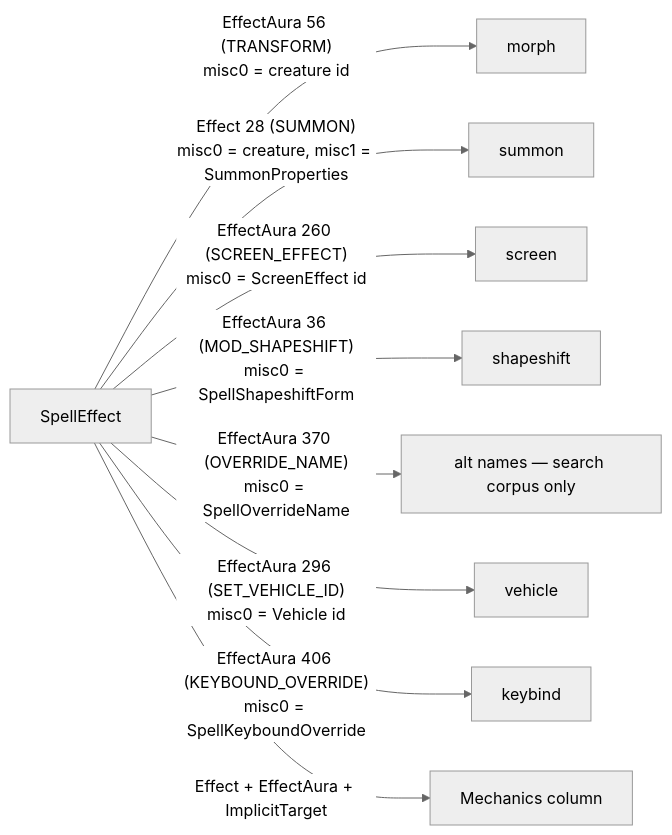
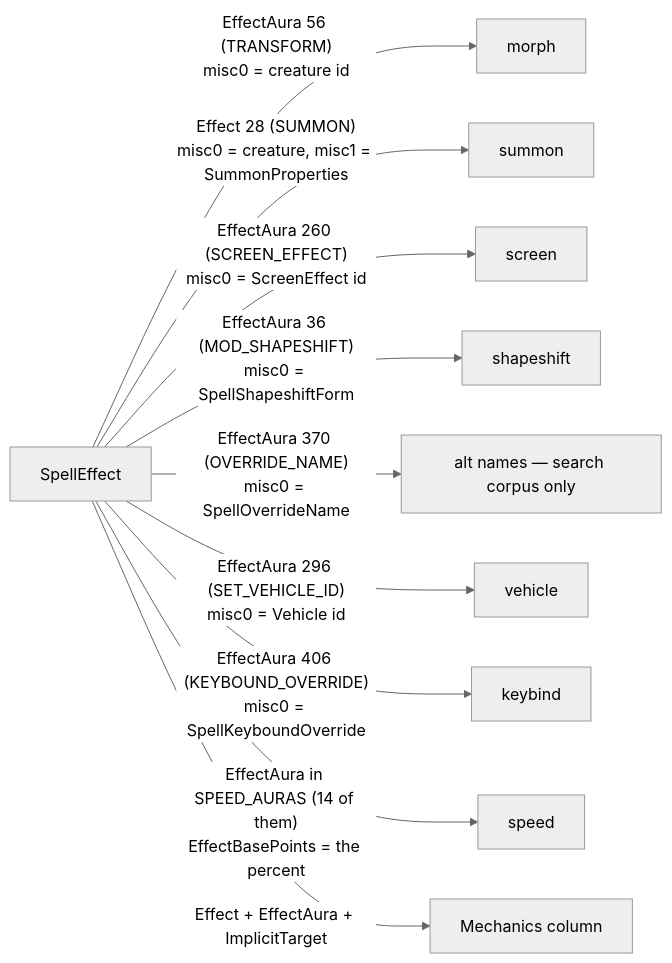
The eighth of 16 diagrams in DATA_ROUTES.md (Natans8/Epsilook), drawn with Mermaid (neutral theme) before and after one commit. The commit also changed other lines of this file and 21 other files, not shown here.

First line of the commit message:
Surface movement speed as a searchable effect

````diff
--- a/DATA_ROUTES.md
+++ b/DATA_ROUTES.md
@@ -432,12 +433,13 @@
 ```mermaid
 flowchart LR
   SE["SpellEffect"]
   SE -->|" EffectAura 56 (TRANSFORM)<br/>misc0 = creature id "| MO["morph"]
   SE -->|" Effect 28 (SUMMON)<br/>misc0 = creature, misc1 = SummonProperties "| SU["summon"]
   SE -->|" EffectAura 260 (SCREEN_EFFECT)<br/>misc0 = ScreenEffect id "| SC["screen"]
   SE -->|" EffectAura 36 (MOD_SHAPESHIFT)<br/>misc0 = SpellShapeshiftForm "| SS["shapeshift"]
   SE -->|" EffectAura 370 (OVERRIDE_NAME)<br/>misc0 = SpellOverrideName "| ON["alt names — search corpus only"]
   SE -->|" EffectAura 296 (SET_VEHICLE_ID)<br/>misc0 = Vehicle id "| VE["vehicle"]
   SE -->|" EffectAura 406 (KEYBOUND_OVERRIDE)<br/>misc0 = SpellKeyboundOverride "| KB["keybind"]
+  SE -->|" EffectAura in SPEED_AURAS (14 of them)<br/>EffectBasePoints = the percent "| SP["speed"]
   SE -->|" Effect + EffectAura + ImplicitTarget "| ME["Mechanics column"]
 ```
````
